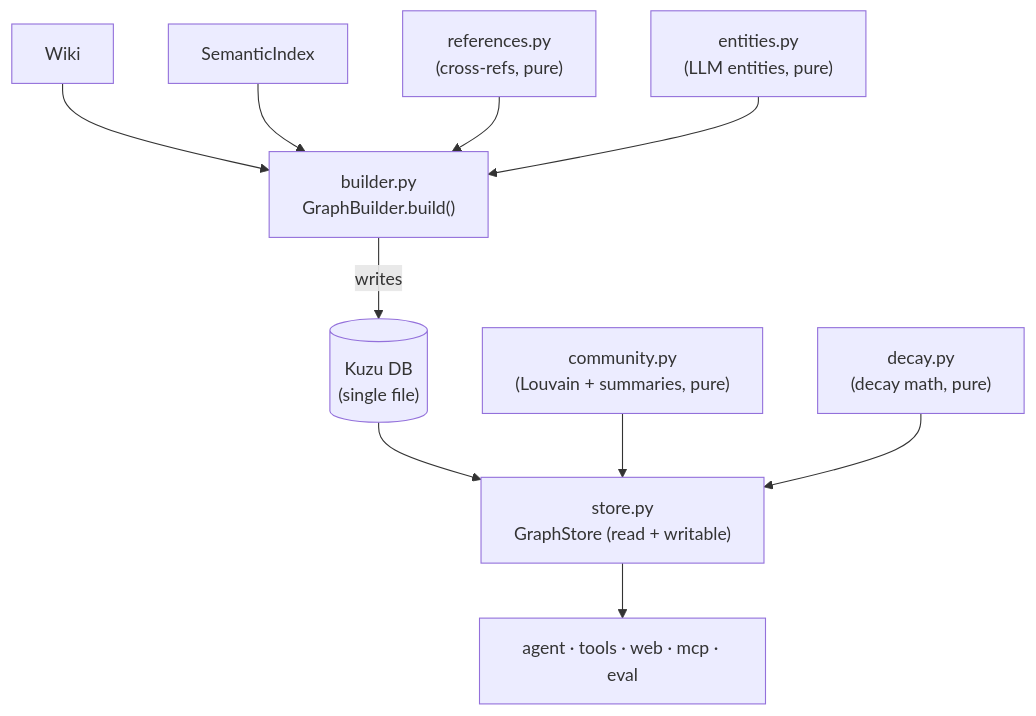
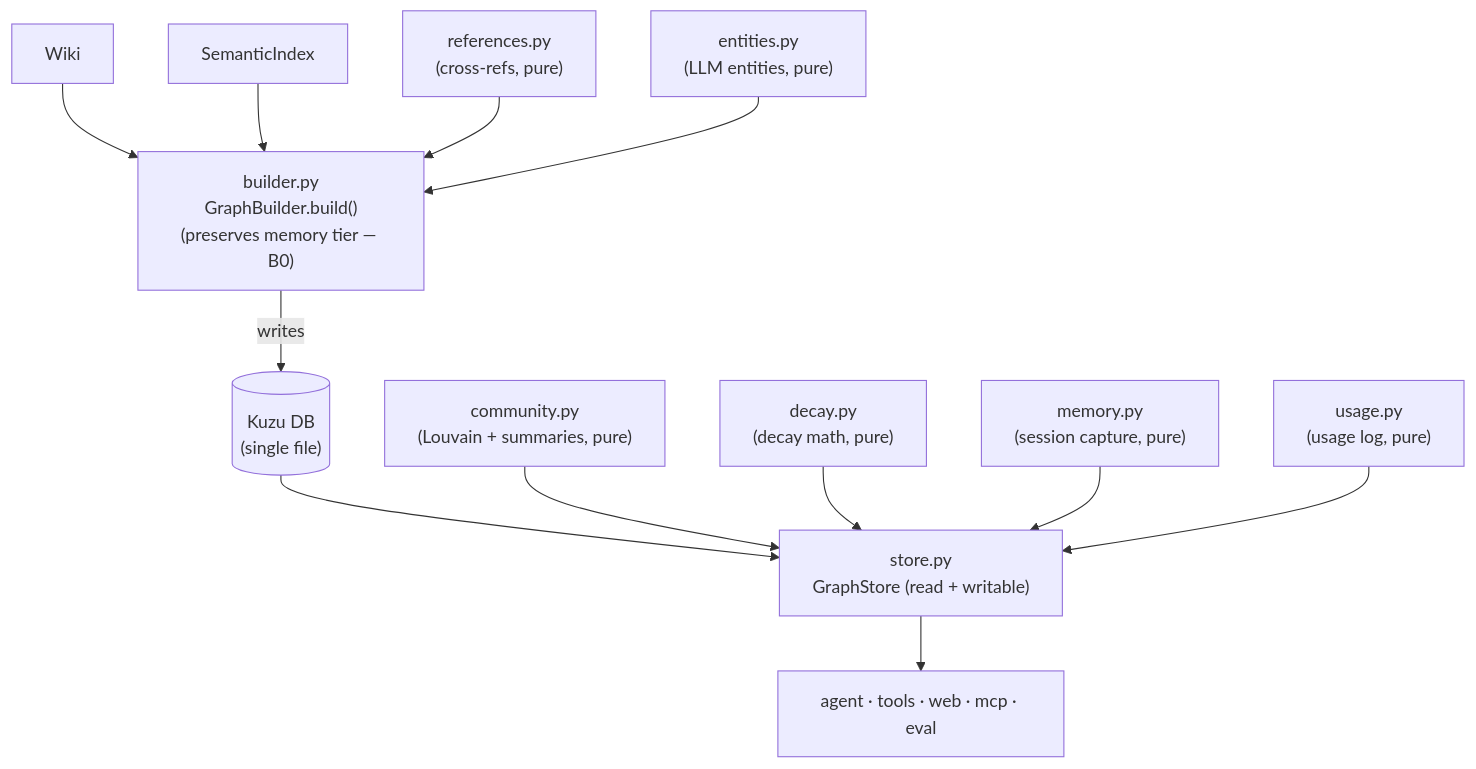
One commit to Neuroant/OpenWiki changed the second of 3 diagrams in docs/arc42/05-building-block-view.md. Above: the diagram before and after it, drawn with Mermaid. The commit also changed other lines of this file and 11 other files, not shown here.

First line of the commit message:
docs(arc42): reflect landed Path B (B0/B1/B4 + the memory tier)

````diff
--- a/docs/arc42/05-building-block-view.md
+++ b/docs/arc42/05-building-block-view.md
@@ -145,12 +148,14 @@
 ```mermaid
 flowchart TB
   wiki2["Wiki"] --> builder2
   index2["SemanticIndex"] --> builder2
   refs2["references.py\n(cross-refs, pure)"] --> builder2
   ents2["entities.py\n(LLM entities, pure)"] --> builder2
-  builder2["builder.py\nGraphBuilder.build()"] -->|writes| kuzudb[("Kuzu DB\n(single file)")]
+  builder2["builder.py\nGraphBuilder.build()\n(preserves memory tier — B0)"] -->|writes| kuzudb[("Kuzu DB\n(single file)")]
   kuzudb --> store2["store.py\nGraphStore (read + writable)"]
   comm2["community.py\n(Louvain + summaries, pure)"] --> store2
   decay2["decay.py\n(decay math, pure)"] --> store2
+  mem2["memory.py\n(session capture, pure)"] --> store2
+  use2["usage.py\n(usage log, pure)"] --> store2
   store2 --> consumers["agent · tools · web · mcp · eval"]
 ```
````
